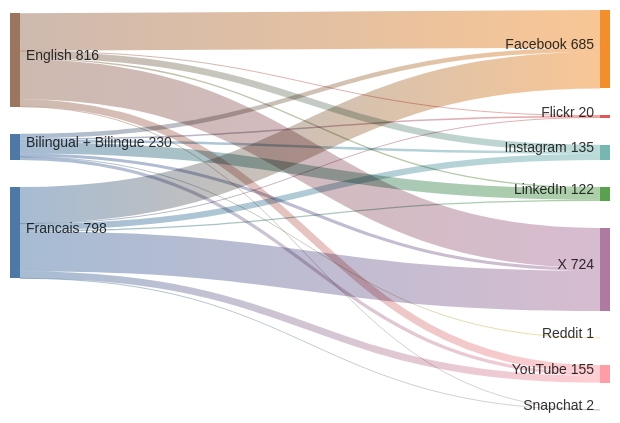
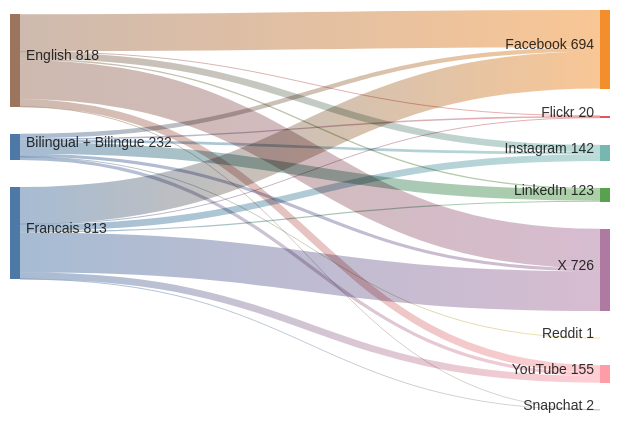
The diagram in sankey_diagram.md (PatLittle/GC-Socials), drawn with Mermaid before and after one commit.

Commit message:
Update Sankey diagram for the most recent day

````diff
--- a/sankey_diagram.md
+++ b/sankey_diagram.md
@@ -1,24 +1,24 @@
 ```mermaid
 sankey-beta
   Bilingual + Bilingue,Facebook,39
   Bilingual + Bilingue,Flickr,13
-  Bilingual + Bilingue,Instagram,22
-  Bilingual + Bilingue,LinkedIn,99
+  Bilingual + Bilingue,Instagram,23
+  Bilingual + Bilingue,LinkedIn,100
   Bilingual + Bilingue,Reddit,1
   Bilingual + Bilingue,X,27
   Bilingual + Bilingue,YouTube,29
   English,Facebook,328
   English,Flickr,4
-  English,Instagram,58
+  English,Instagram,60
   English,LinkedIn,12
   English,Snapchat,1
   English,X,348
   English,YouTube,65
-  Francais,Facebook,318
+  Francais,Facebook,327
   Francais,Flickr,3
-  Francais,Instagram,55
+  Francais,Instagram,59
   Francais,LinkedIn,11
   Francais,Snapchat,1
-  Francais,X,349
+  Francais,X,351
   Francais,YouTube,61
 ```
````
